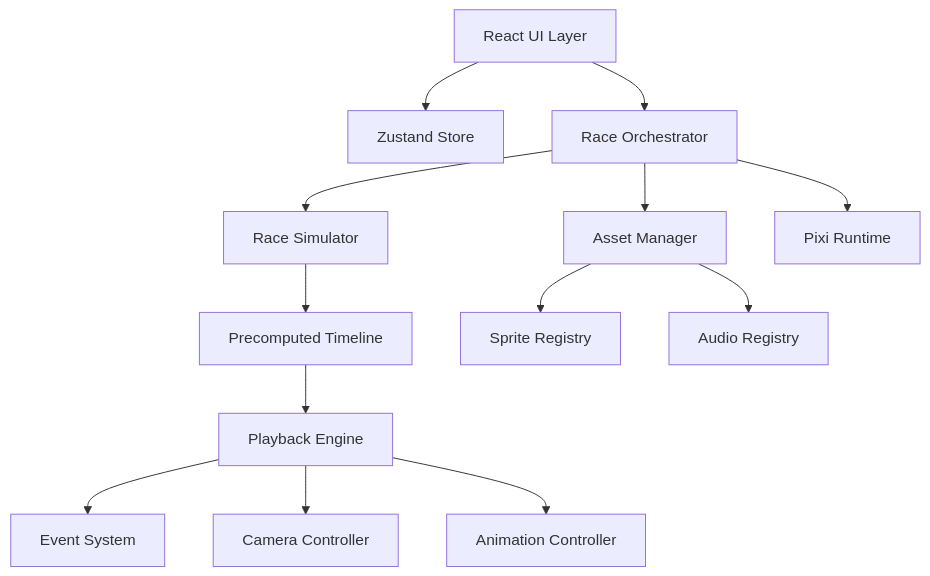
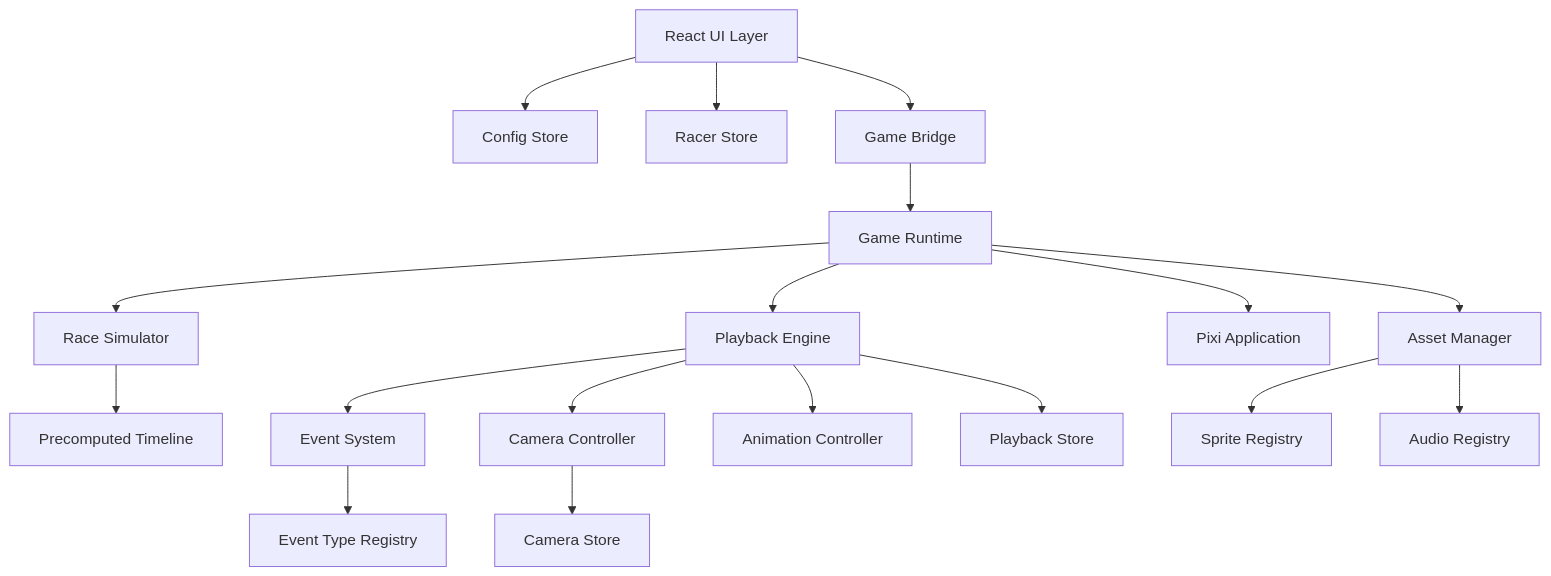
Before and after one commit to hoanggbao00/randomizer: the first of 2 diagrams in plans/race-game-tech-lead-blueprint.md, drawn with Mermaid. The commit also changed other lines of this file and 9 other files, not shown here.

Commit message:
chore: update Vite configuration for auto-import directories and revise race game blueprint with kebab-case filenames and enhanced architecture details

````diff
--- a/plans/race-game-tech-lead-blueprint.md
+++ b/plans/race-game-tech-lead-blueprint.md
@@ -25,15 +63,20 @@
 ```mermaid
 flowchart TD
-  UI[React UI Layer] --> Store[Zustand Store]
-  UI --> Orchestrator[Race Orchestrator]
-  Orchestrator --> Simulator[Race Simulator]
-  Orchestrator --> AssetMgr[Asset Manager]
-  Orchestrator --> PixiRuntime[Pixi Runtime]
+  UI[React UI Layer] --> ConfigStore[Config Store]
+  UI --> RacerStore[Racer Store]
+  UI --> Bridge[Game Bridge]
+  Bridge --> Runtime[Game Runtime]
+  Runtime --> Simulator[Race Simulator]
+  Runtime --> AssetMgr[Asset Manager]
+  Runtime --> PixiApp[Pixi Application]
   Simulator --> Timeline[Precomputed Timeline]
-  Timeline --> Playback[Playback Engine]
+  Runtime --> Playback[Playback Engine]
   Playback --> EventSys[Event System]
   Playback --> Camera[Camera Controller]
   Playback --> Anim[Animation Controller]
+  Playback --> PlaybackStore[Playback Store]
+  Camera --> CameraStore[Camera Store]
   AssetMgr --> SpriteRegistry[Sprite Registry]
   AssetMgr --> AudioRegistry[Audio Registry]
+  EventSys --> EventRegistry[Event Type Registry]
 ```
````
